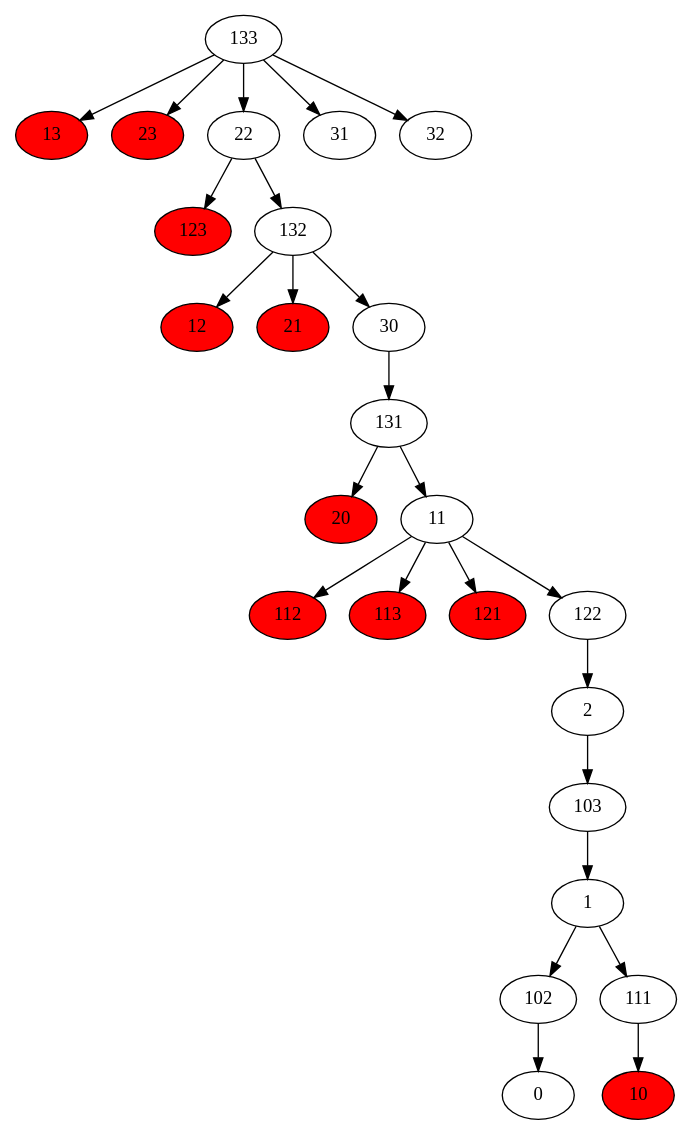
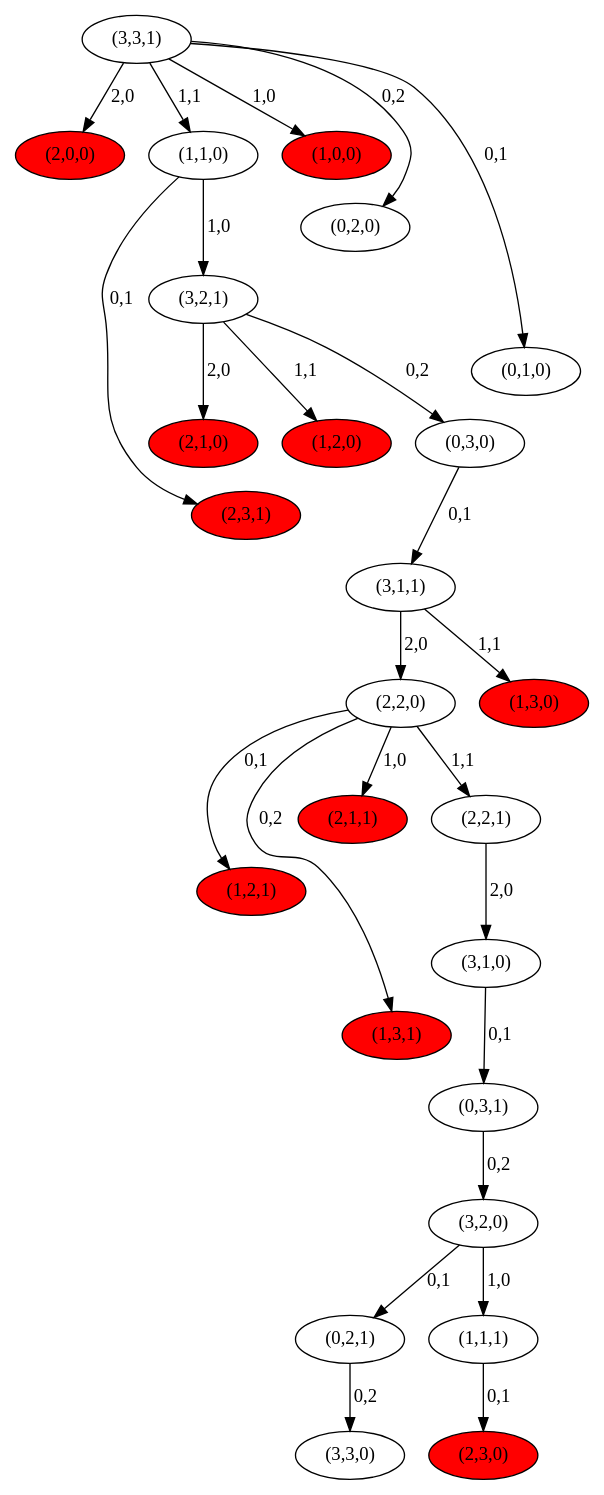
One commit to Durfan/ufsj-ia-canibais changed the diagram in resources/graph.dot. Above: the diagram before and after it, drawn with Graphviz. The commit also changed 2 other files, not shown here.

```diff
--- a/resources/graph.dot
+++ b/resources/graph.dot
@@ -1,36 +1,61 @@
 digraph {
+	"0"[label="(3,3,0)"]
+	"1"[label="(3,2,0)"]
+	"2"[label="(3,1,0)"]
+	"10"[label="(2,3,0)"]
 	"10"[style=filled,fillcolor=red]
+	"11"[label="(2,2,0)"]
+	"12"[label="(2,1,0)"]
 	"12"[style=filled,fillcolor=red]
+	"13"[label="(2,0,0)"]
 	"13"[style=filled,fillcolor=red]
+	"20"[label="(1,3,0)"]
 	"20"[style=filled,fillcolor=red]
+	"21"[label="(1,2,0)"]
 	"21"[style=filled,fillcolor=red]
+	"22"[label="(1,1,0)"]
+	"23"[label="(1,0,0)"]
 	"23"[style=filled,fillcolor=red]
+	"30"[label="(0,3,0)"]
+	"31"[label="(0,2,0)"]
+	"32"[label="(0,1,0)"]
+	"102"[label="(0,2,1)"]
+	"103"[label="(0,3,1)"]
+	"111"[label="(1,1,1)"]
+	"112"[label="(1,2,1)"]
 	"112"[style=filled,fillcolor=red]
+	"113"[label="(1,3,1)"]
 	"113"[style=filled,fillcolor=red]
+	"121"[label="(2,1,1)"]
 	"121"[style=filled,fillcolor=red]
+	"122"[label="(2,2,1)"]
+	"123"[label="(2,3,1)"]
 	"123"[style=filled,fillcolor=red]
-	"1" -> "102"
-	"1" -> "111"
-	"2" -> "103"
-	"11" -> "112"
-	"11" -> "113"
-	"11" -> "121"
-	"11" -> "122"
-	"22" -> "123"
-	"22" -> "132"
-	"30" -> "131"
-	"102" -> "0"
-	"103" -> "1"
-	"111" -> "10"
-	"122" -> "2"
-	"131" -> "11"
-	"131" -> "20"
-	"132" -> "12"
-	"132" -> "21"
-	"132" -> "30"
-	"133" -> "13"
-	"133" -> "22"
-	"133" -> "23"
-	"133" -> "31"
-	"133" -> "32"
+	"131"[label="(3,1,1)"]
+	"132"[label="(3,2,1)"]
+	"133"[label="(3,3,1)"]
+	"1" -> "102"[label="0,1", weight="0,1"]
+	"1" -> "111"[label="1,0", weight="1,0"]
+	"2" -> "103"[label="0,1", weight="0,1"]
+	"11" -> "112"[label="0,1", weight="0,1"]
+	"11" -> "113"[label="0,2", weight="0,2"]
+	"11" -> "121"[label="1,0", weight="1,0"]
+	"11" -> "122"[label="1,1", weight="1,1"]
+	"22" -> "123"[label="0,1", weight="0,1"]
+	"22" -> "132"[label="1,0", weight="1,0"]
+	"30" -> "131"[label="0,1", weight="0,1"]
+	"102" -> "0"[label="0,2", weight="0,2"]
+	"103" -> "1"[label="0,2", weight="0,2"]
+	"111" -> "10"[label="0,1", weight="0,1"]
+	"122" -> "2"[label="2,0", weight="2,0"]
+	"131" -> "11"[label="2,0", weight="2,0"]
+	"131" -> "20"[label="1,1", weight="1,1"]
+	"132" -> "12"[label="2,0", weight="2,0"]
+	"132" -> "21"[label="1,1", weight="1,1"]
+	"132" -> "30"[label="0,2", weight="0,2"]
+	"133" -> "13"[label="2,0", weight="2,0"]
+	"133" -> "22"[label="1,1", weight="1,1"]
+	"133" -> "23"[label="1,0", weight="1,0"]
+	"133" -> "31"[label="0,2", weight="0,2"]
+	"133" -> "32"[label="0,1", weight="0,1"]
 }
```
